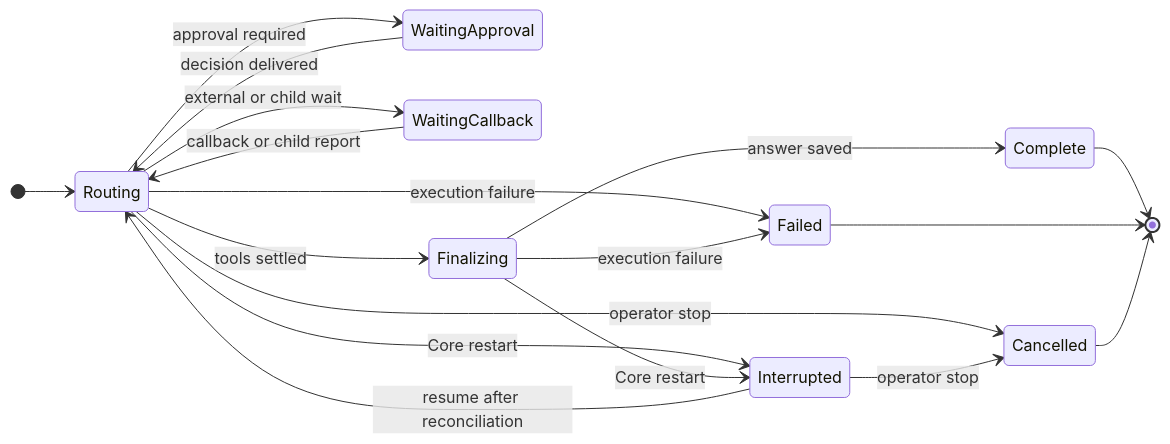
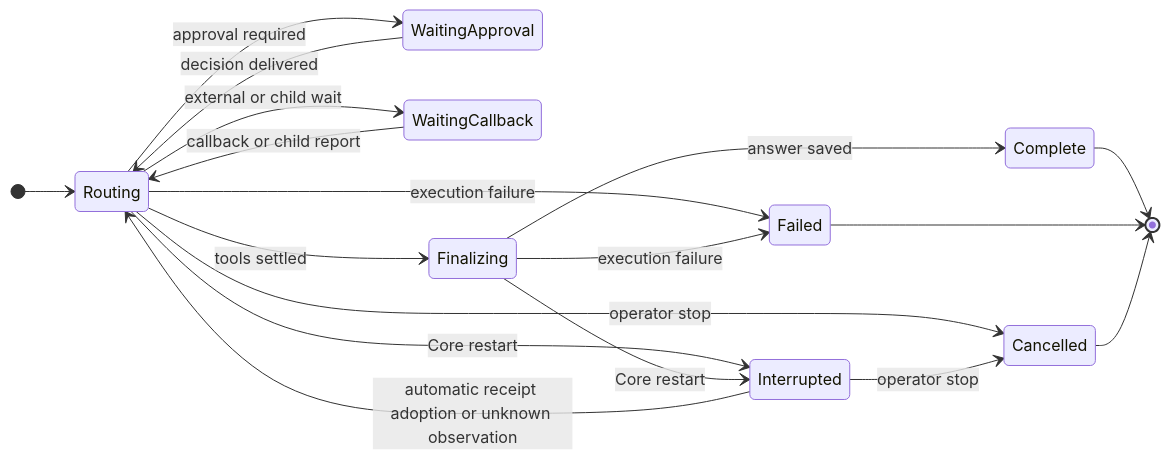
Before and after one commit to berylliumsec/nebula: the diagram in docs/design/execution-recovery-lifecycle.md, drawn with Mermaid. The commit also changed other lines of this file and 24 other files, not shown here.

````diff
--- a/docs/design/execution-recovery-lifecycle.md
+++ b/docs/design/execution-recovery-lifecycle.md
@@ -64,21 +66,21 @@
 ```mermaid
 stateDiagram-v2
     direction LR
     [*] --> Routing
     Routing --> WaitingApproval: approval required
     Routing --> WaitingCallback: external or child wait
     Routing --> Finalizing: tools settled
     WaitingApproval --> Routing: decision delivered
     WaitingCallback --> Routing: callback or child report
     Finalizing --> Complete: answer saved
     Routing --> Interrupted: Core restart
     Finalizing --> Interrupted: Core restart
-    Interrupted --> Routing: resume after reconciliation
+    Interrupted --> Routing: automatic receipt adoption or unknown observation
     Routing --> Failed: execution failure
     Finalizing --> Failed: execution failure
     Routing --> Cancelled: operator stop
     Interrupted --> Cancelled: operator stop
     Complete --> [*]
     Failed --> [*]
     Cancelled --> [*]
 ```
````
